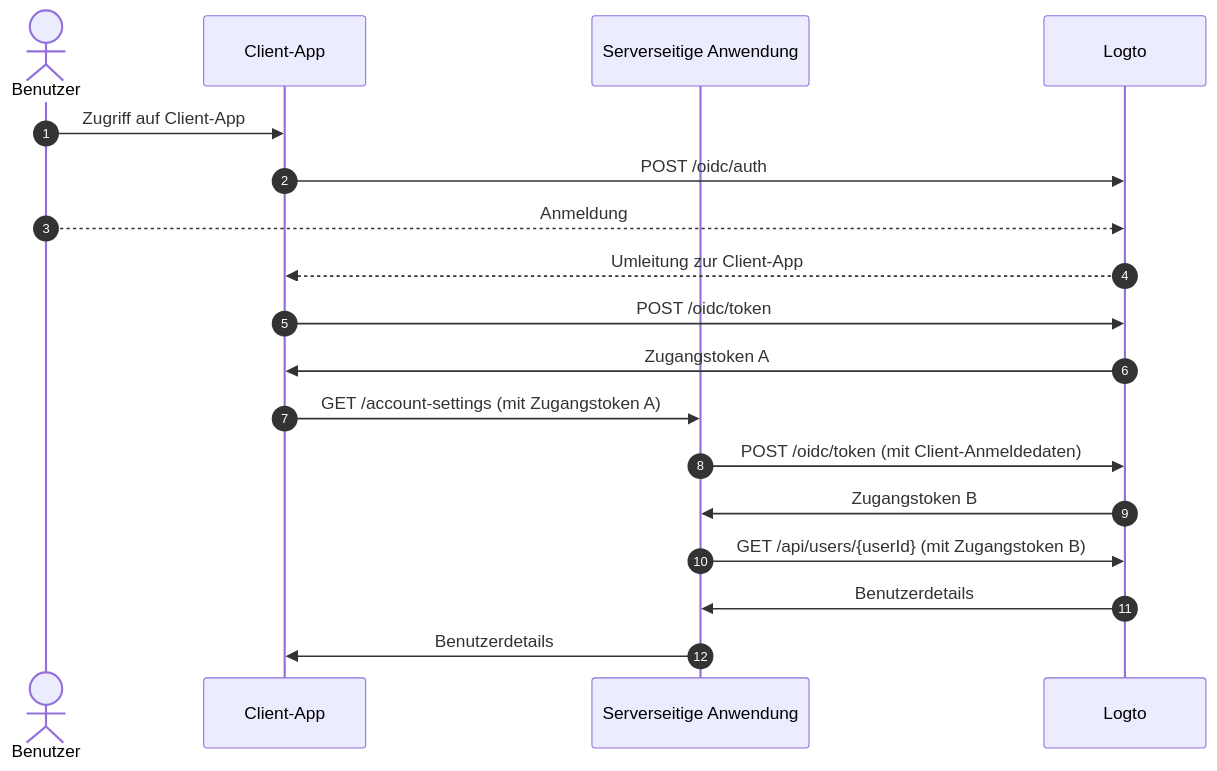
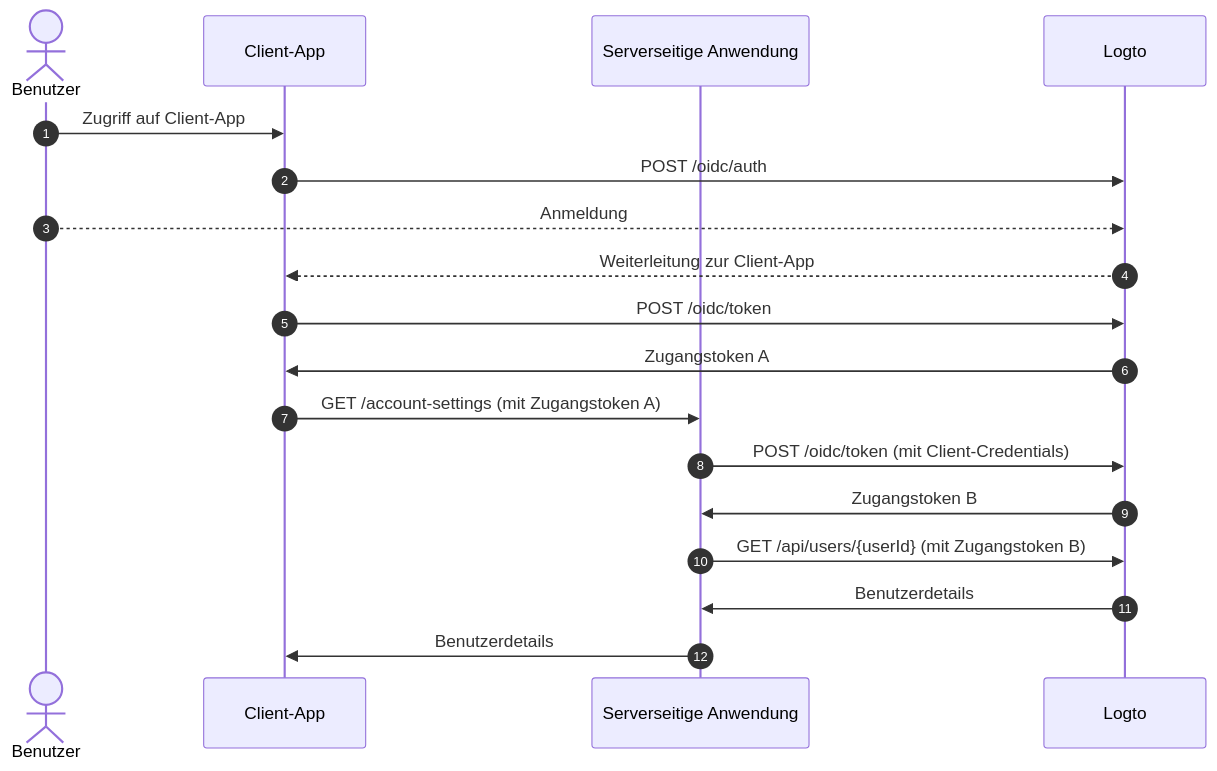
One commit to logto-io/docs changed the second of 3 diagrams in i18n/de/docusaurus-plugin-content-docs/current/end-user-flows/account-settings/by-management-api.mdx. Above: the diagram before and after it, drawn with Mermaid. The commit also changed other lines of this file and 162 other files, not shown here.

````diff
--- a/i18n/de/docusaurus-plugin-content-docs/current/end-user-flows/account-settings/by-management-api.mdx
+++ b/i18n/de/docusaurus-plugin-content-docs/current/end-user-flows/account-settings/by-management-api.mdx
@@ -27,21 +28,21 @@
 ```mermaid
   sequenceDiagram
     autonumber
     actor User as Benutzer
     participant Client as Client-App
     participant Server as Serverseitige Anwendung
     participant Logto as Logto
 
     User ->> Client: Zugriff auf Client-App
     Client ->> Logto: POST /oidc/auth
     User -->> Logto: Anmeldung
-    Logto -->> Client: Umleitung zur Client-App
+    Logto -->> Client: Weiterleitung zur Client-App
     Client ->> Logto: POST /oidc/token
     Logto ->> Client: Zugangstoken A
     Client ->> Server: GET /account-settings (mit Zugangstoken A)
-    Server ->> Logto: POST /oidc/token (mit Client-Anmeldedaten)
+    Server ->> Logto: POST /oidc/token (mit Client-Credentials)
     Logto ->> Server: Zugangstoken B
     Server ->> Logto: GET /api/users/{userId} (mit Zugangstoken B)
     Logto ->> Server: Benutzerdetails
     Server ->> Client: Benutzerdetails
 ```
````
